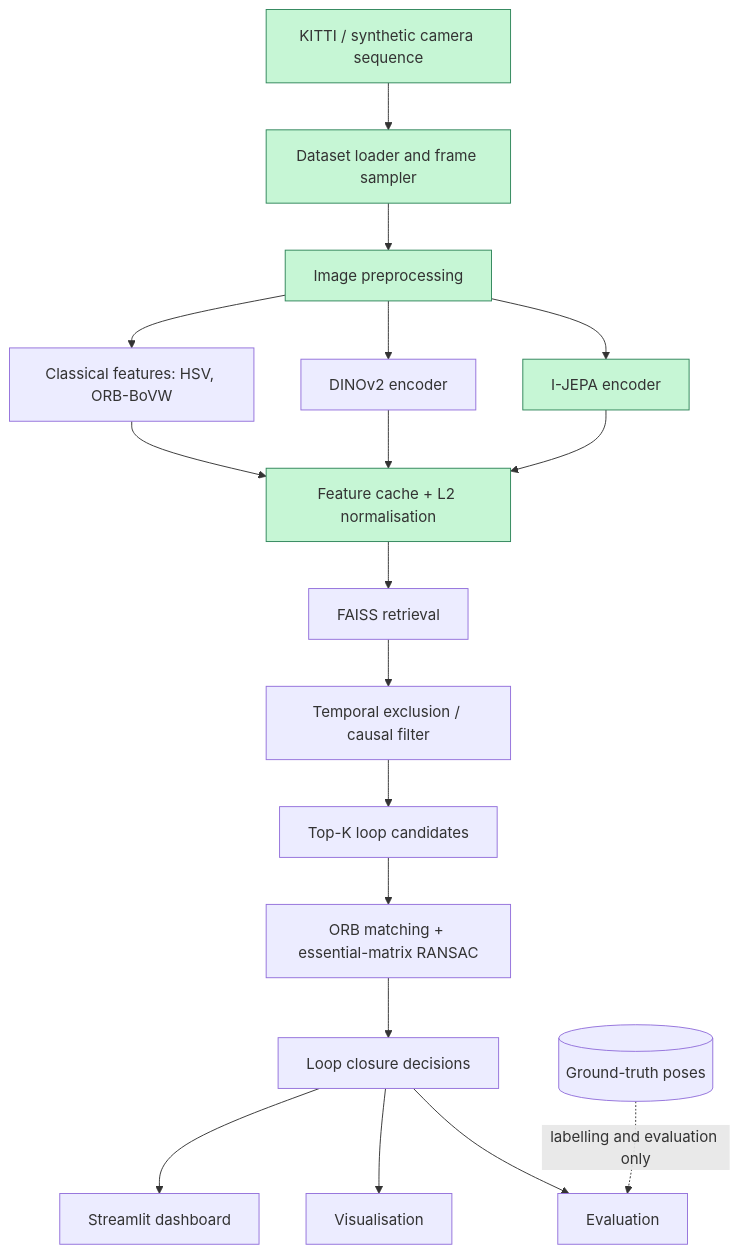
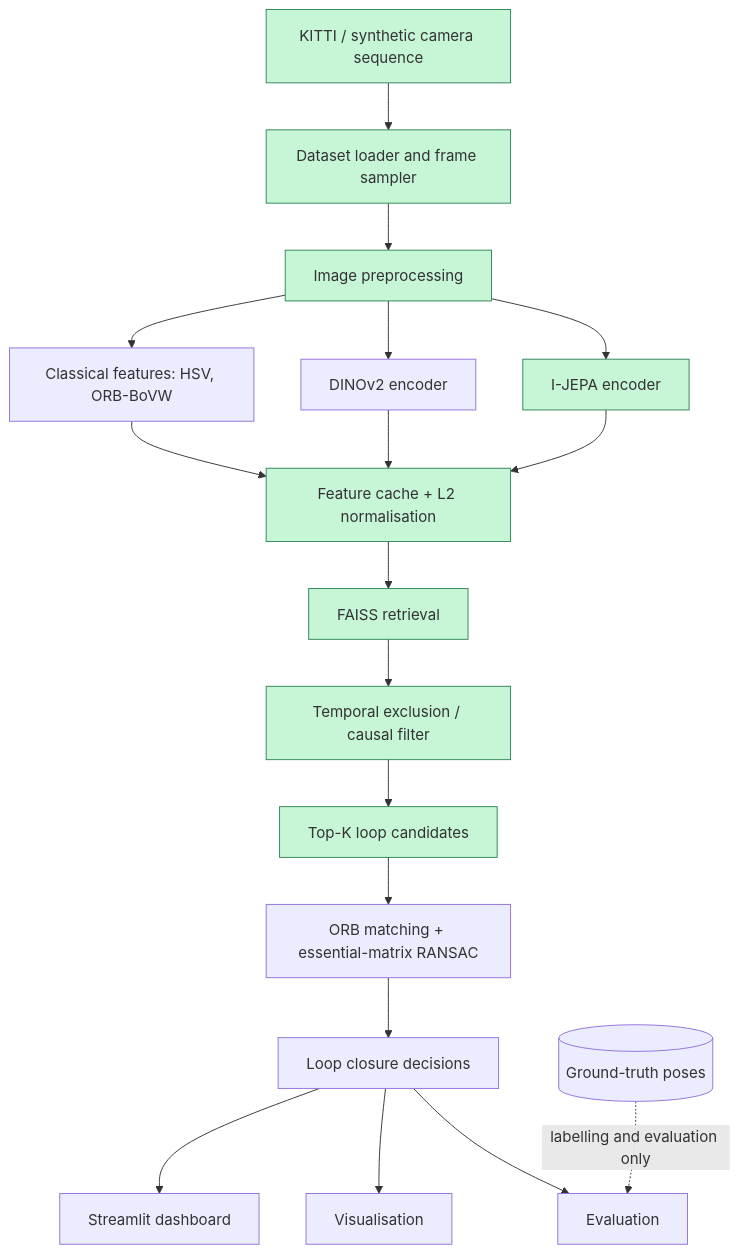
Before and after one commit to harishnr93/jepa-slam: the first of 2 diagrams in README.md, drawn with Mermaid. The commit also changed other lines of this file and 34 other files, not shown here.

````diff
--- a/README.md
+++ b/README.md
@@ -53,23 +57,26 @@
 ```mermaid
 flowchart TD
     A[KITTI / synthetic camera sequence] --> B[Dataset loader and frame sampler]
     B --> C[Image preprocessing]
     C --> D1[I-JEPA encoder]
     C --> D2[DINOv2 encoder]
     C --> D3[Classical features: HSV, ORB-BoVW]
     D1 & D2 & D3 --> E[Feature cache + L2 normalisation]
     E --> F[FAISS retrieval]
     F --> G[Temporal exclusion / causal filter]
     G --> H[Top-K loop candidates]
     H --> I[ORB matching + essential-matrix RANSAC]
     I --> J[Loop closure decisions]
     J --> K1[Evaluation]
     J --> K2[Visualisation]
     J --> K3[Streamlit dashboard]
     GT[(Ground-truth poses)] -. labelling and evaluation only .-> K1
     style B fill:#c6f6d5,stroke:#2f855a
     style A fill:#c6f6d5,stroke:#2f855a
     style C fill:#c6f6d5,stroke:#2f855a
     style D1 fill:#c6f6d5,stroke:#2f855a
     style E fill:#c6f6d5,stroke:#2f855a
+    style F fill:#c6f6d5,stroke:#2f855a
+    style G fill:#c6f6d5,stroke:#2f855a
+    style H fill:#c6f6d5,stroke:#2f855a
 ```
````
